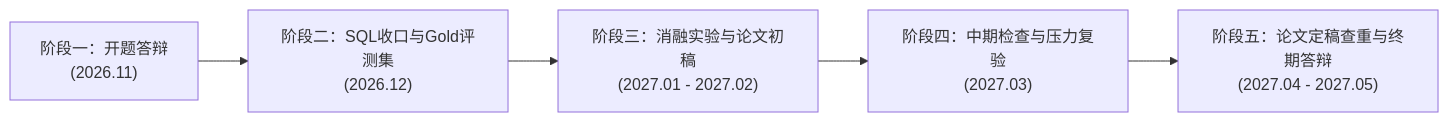
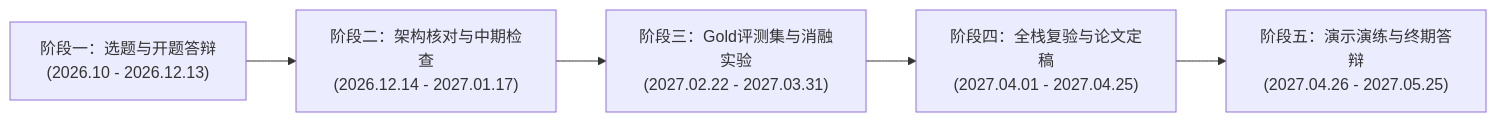
Before and after one commit to ProfessorZJH/campus-shopping: the diagram in docs/thesis/README.md, drawn with Mermaid. The commit also changed other lines of this file and 45 other files, not shown here.

````diff
--- a/docs/thesis/README.md
+++ b/docs/thesis/README.md
@@ -20,7 +21,7 @@
 ```mermaid
 flowchart LR
-    M1["阶段一：开题答辩\n(2026.11)"] --> M2["阶段二：SQL收口与Gold评测集\n(2026.12)"]
-    M2 --> M3["阶段三：消融实验与论文初稿\n(2027.01 - 2027.02)"]
-    M3 --> M4["阶段四：中期检查与压力复验\n(2027.03)"]
-    M4 --> M5["阶段五：论文定稿查重与终期答辩\n(2027.04 - 2027.05)"]
+    M1["阶段一：选题与开题答辩\n(2026.10 - 2026.12.13)"] --> M2["阶段二：架构核对与中期检查\n(2026.12.14 - 2027.01.17)"]
+    M2 --> M3["阶段三：Gold评测集与消融实验\n(2027.02.22 - 2027.03.31)"]
+    M3 --> M4["阶段四：全栈复验与论文定稿\n(2027.04.01 - 2027.04.25)"]
+    M4 --> M5["阶段五：演示演练与终期答辩\n(2027.04.26 - 2027.05.25)"]
 ```
````
